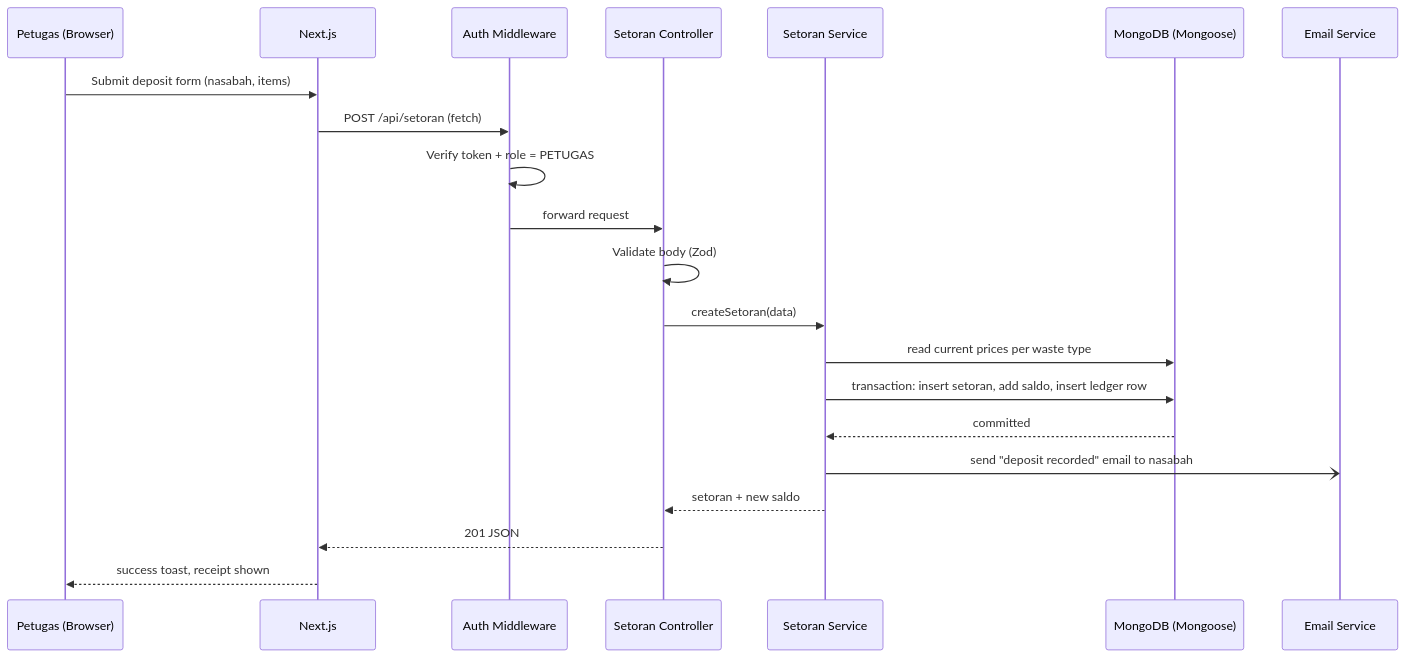
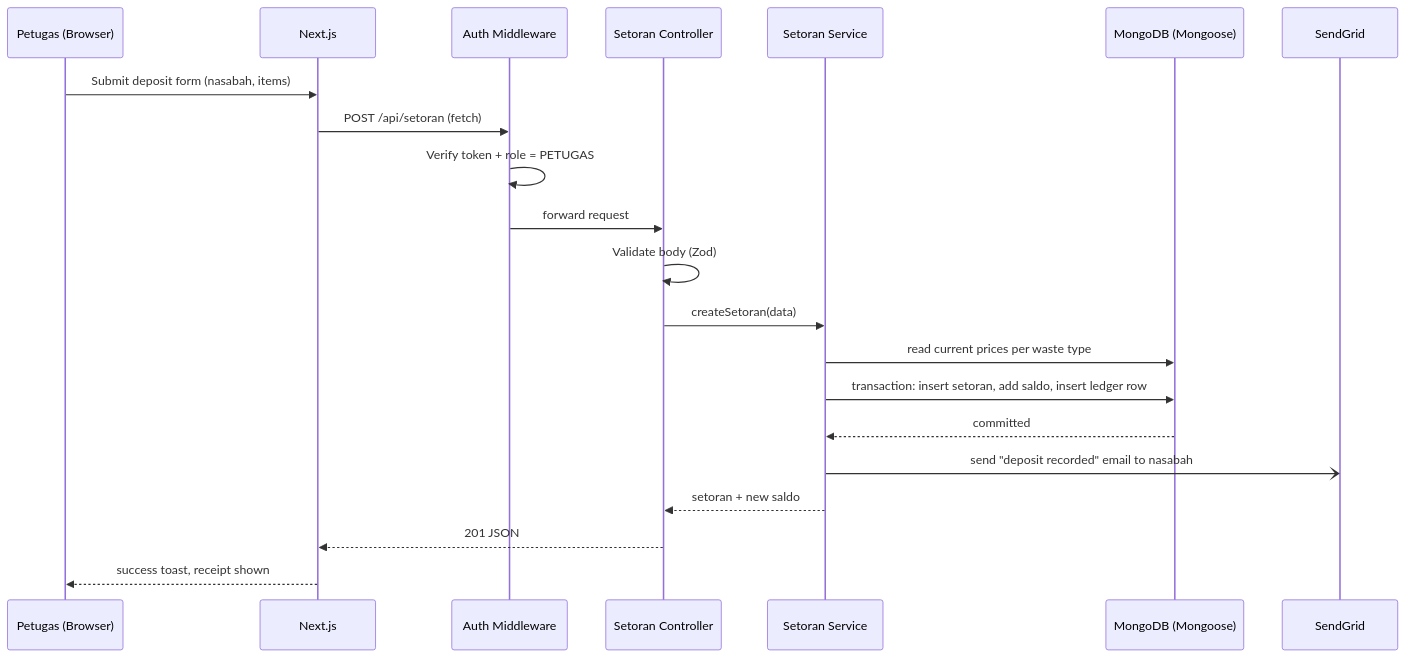
The second of 3 diagrams in docs/architecture.md (nael0407/US4-Bank-Sampah), drawn with Mermaid before and after one commit. The commit also changed other lines of this file, not shown here.

Commit message:
docs(architecture): switch email provider to sendgrid in english doc

````diff
--- a/docs/architecture.md
+++ b/docs/architecture.md
@@ -54,24 +54,24 @@
 ```mermaid
 sequenceDiagram
     participant PT as Petugas (Browser)
     participant FE as Next.js
     participant MW as Auth Middleware
     participant CT as Setoran Controller
     participant SV as Setoran Service
     participant DB as MongoDB (Mongoose)
-    participant EM as Email Service
+    participant EM as SendGrid
 
     PT->>FE: Submit deposit form (nasabah, items)
     FE->>MW: POST /api/setoran (fetch)
     MW->>MW: Verify token + role = PETUGAS
     MW->>CT: forward request
     CT->>CT: Validate body (Zod)
     CT->>SV: createSetoran(data)
     SV->>DB: read current prices per waste type
     SV->>DB: transaction: insert setoran, add saldo, insert ledger row
     DB-->>SV: committed
     SV-)EM: send "deposit recorded" email to nasabah
     SV-->>CT: setoran + new saldo
     CT-->>FE: 201 JSON
     FE-->>PT: success toast, receipt shown
 ```
````
